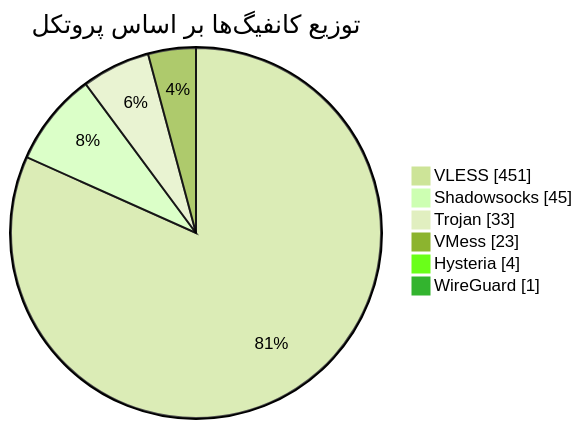
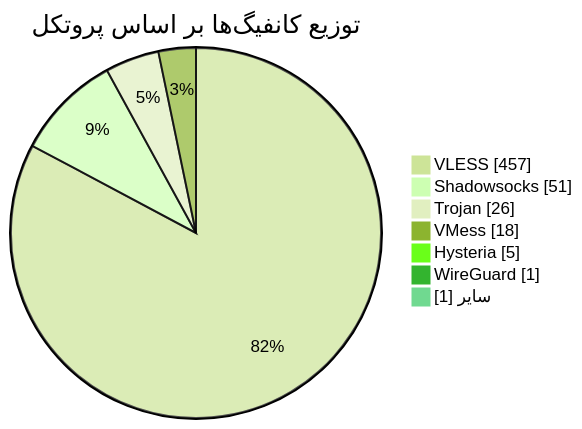
Before and after one commit to Arian-Alijani/Somthing: the diagram in README.md, drawn with Mermaid (forest theme). The commit also changed other lines of this file and 81 other files, not shown here.

````diff
--- a/README.md
+++ b/README.md
@@ -48,10 +49,11 @@
 ```mermaid
 pie showData
     title توزیع کانفیگ‌ها بر اساس پروتکل
-    "VLESS" : 451
-    "Shadowsocks" : 45
-    "Trojan" : 33
-    "VMess" : 23
-    "Hysteria" : 4
+    "VLESS" : 457
+    "Shadowsocks" : 51
+    "Trojan" : 26
+    "VMess" : 18
+    "Hysteria" : 5
     "WireGuard" : 1
+    "سایر" : 1
 ```
````
